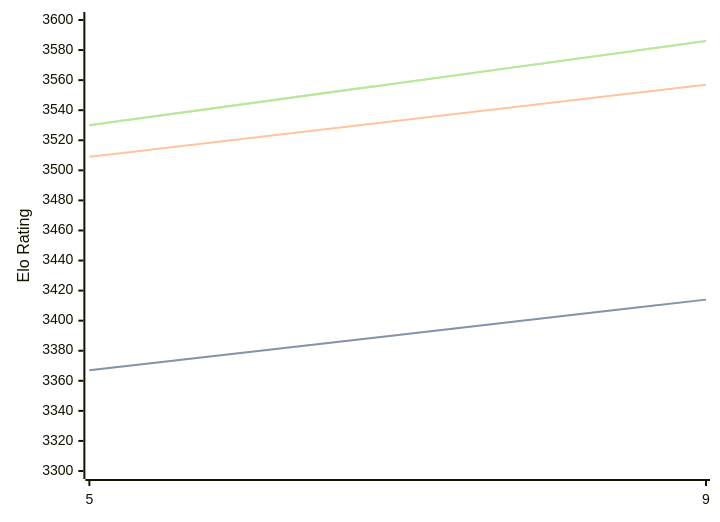
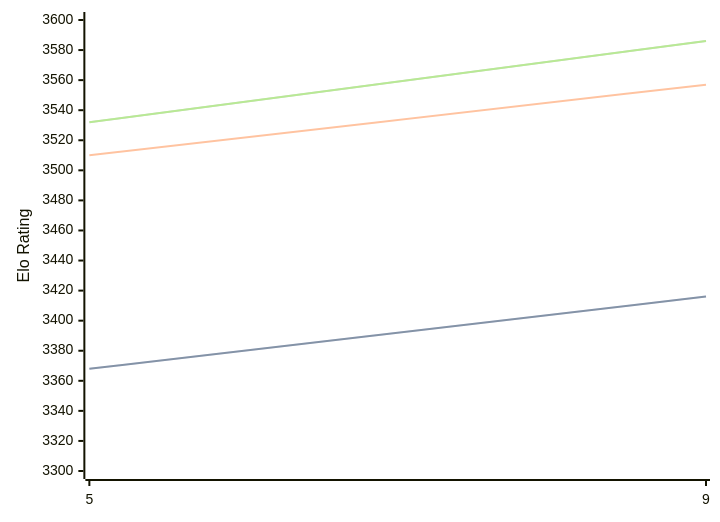
The diagram in engines/Crystal.md (computer-chess-index/cci), drawn with Mermaid before and after one commit. The commit also changed other lines of this file, not shown here.

Commit message:
Update CCI Ratings (ELO VLTC) - 2026-07-25

````diff
--- a/engines/Crystal.md
+++ b/engines/Crystal.md
@@ -60,11 +60,11 @@
 ```mermaid
 %%{init: {"theme":"base","themeVariables":{"seriesColors:['#a3a3a3','#222221','#faa371']}}}%%
 xychart-beta
   x-axis ["5", "9"]
   y-axis "Elo Rating" 3300 --> 3600
-  line "STC (8.0+0.08s)" [3367, 3414]
-  line "STC (8.0+0.08s)" [3367, 3414]
-  line "LTC (60.0+0.60s)" [3509, 3557]
-  line "VLTC (2m24s+1.12s)" [3530, 3586]
-  line "VLTC (2m24s+1.12s)" [3530, 3586]
+  line "STC (8.0+0.08s)" [3368, 3416]
+  line "STC (8.0+0.08s)" [3368, 3416]
+  line "LTC (60.0+0.60s)" [3510, 3557]
+  line "VLTC (2m24s+1.12s)" [3532, 3586]
+  line "VLTC (2m24s+1.12s)" [3532, 3586]
 ```
````
